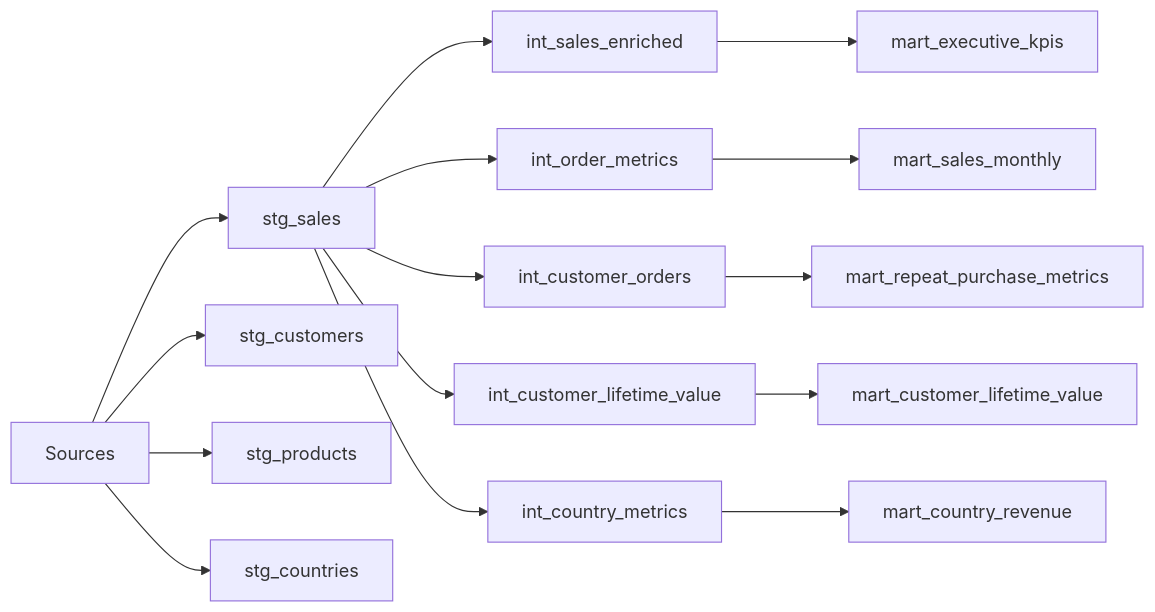
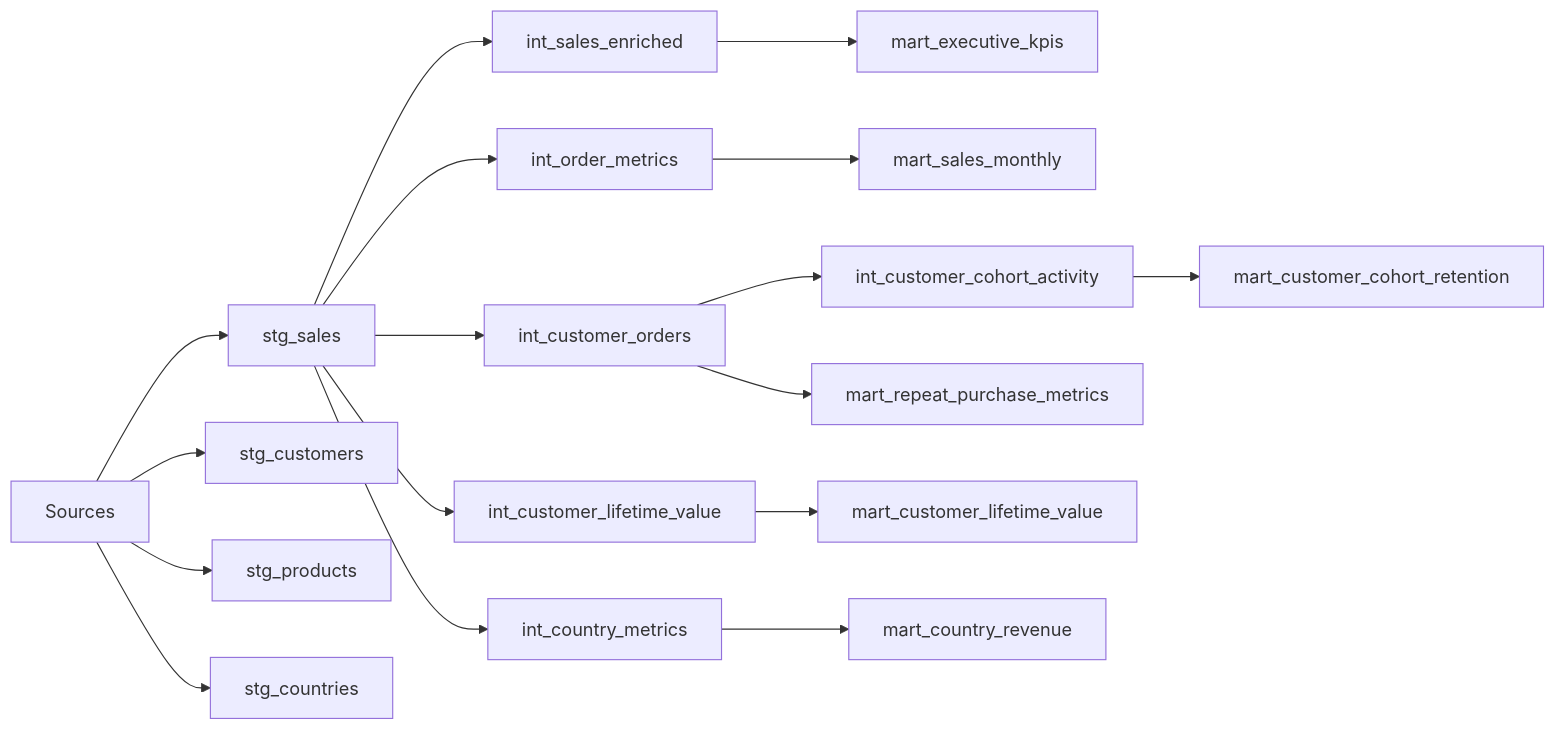
The third of 4 diagrams in README.md (Kartz82/customer-intelligence-warehouse), drawn with Mermaid before and after one commit. The commit also changed other lines of this file and 7 other files, not shown here.

First line of the commit message:
feat(cohort): add customer cohort retention & LTV models + dashboard

````diff
--- a/README.md
+++ b/README.md
@@ -85,17 +87,19 @@
 ```mermaid
 flowchart LR
     A[Sources] --> B[stg_sales]
     A --> C[stg_customers]
     A --> D[stg_products]
     A --> E[stg_countries]
     B --> F[int_sales_enriched]
     B --> G[int_order_metrics]
     B --> H[int_customer_orders]
     B --> I[int_customer_lifetime_value]
     B --> J[int_country_metrics]
+    H --> P[int_customer_cohort_activity]
     F --> K[mart_executive_kpis]
     I --> L[mart_customer_lifetime_value]
     H --> M[mart_repeat_purchase_metrics]
+    P --> Q[mart_customer_cohort_retention]
     J --> N[mart_country_revenue]
     G --> O[mart_sales_monthly]
 ```
````
